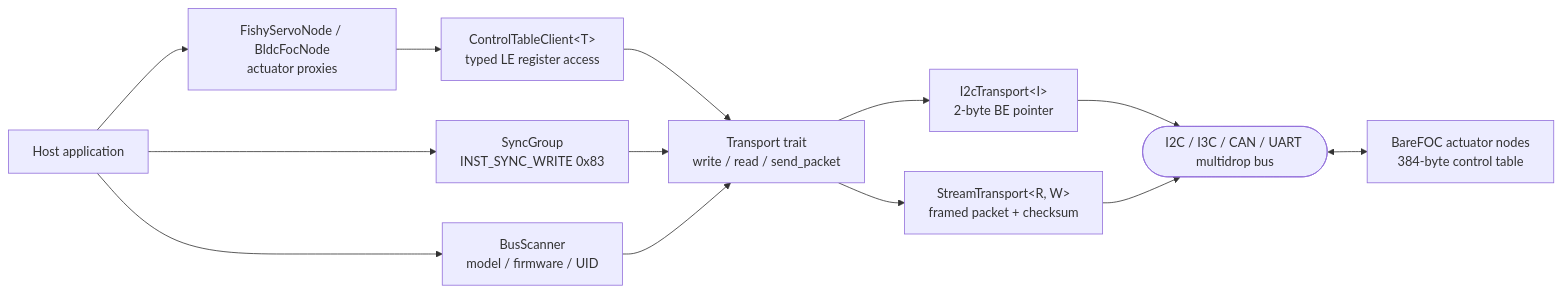
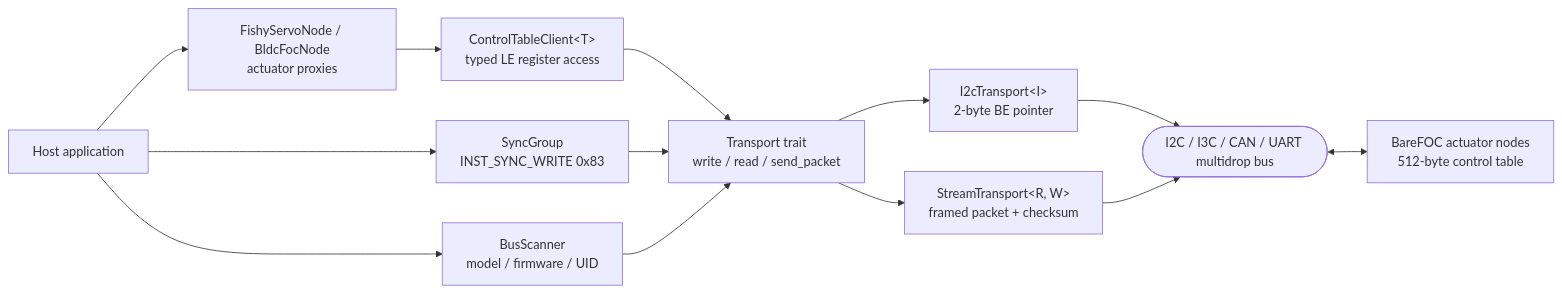
One commit to bareFOC/barefoc.github.io changed the first of 2 diagrams in docs/master/index.md. Above: the diagram before and after it, drawn with Mermaid. The commit also changed other lines of this file and 5 other files, not shown here.

````diff
--- a/docs/master/index.md
+++ b/docs/master/index.md
@@ -24,20 +24,20 @@
 ```mermaid
 flowchart LR
     APP["Host application"]
     CTC["ControlTableClient&lt;T&gt;<br/>typed LE register access"]
     PROXY["FishyServoNode / BldcFocNode<br/>actuator proxies"]
     SYNC["SyncGroup<br/>INST_SYNC_WRITE 0x83"]
     SCAN["BusScanner<br/>model / firmware / UID"]
     TR["Transport trait<br/>write / read / send_packet"]
     I2C["I2cTransport&lt;I&gt;<br/>2-byte BE pointer"]
     STR["StreamTransport&lt;R, W&gt;<br/>framed packet + checksum"]
     BUS(["I2C / I3C / CAN / UART multidrop bus"])
-    NODE["BareFOC actuator nodes<br/>384-byte control table"]
+    NODE["BareFOC actuator nodes<br/>512-byte control table"]
 
     APP --> PROXY --> CTC --> TR
     APP --> SYNC --> TR
     APP --> SCAN --> TR
     TR --> I2C --> BUS
     TR --> STR --> BUS
     BUS <--> NODE
 ```
````
